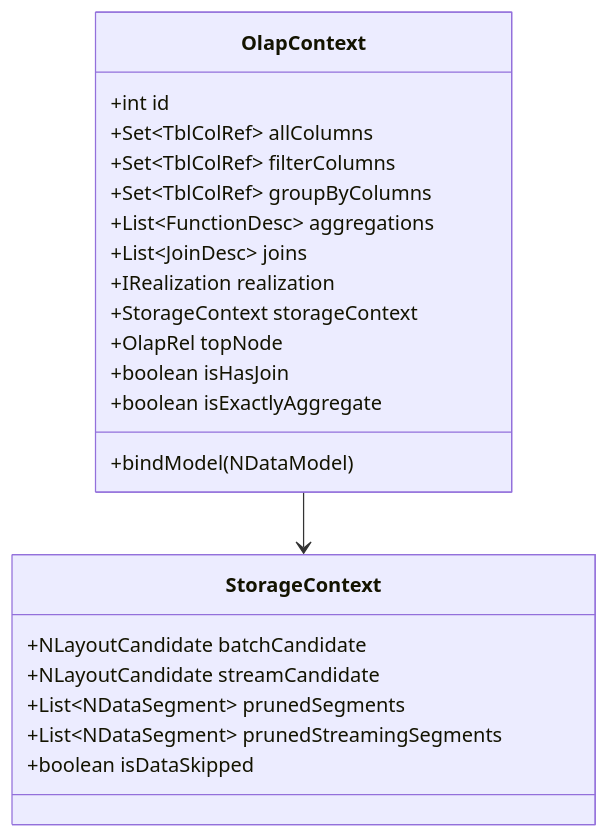
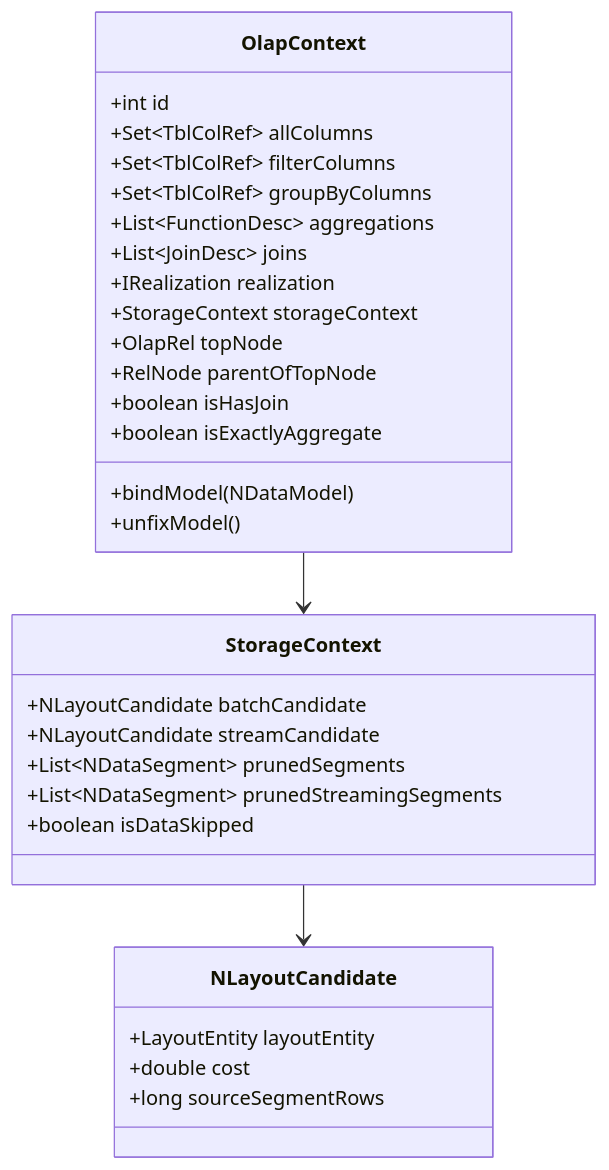
Before and after one commit to Mrhs121/mrhs121.github.io: the first of 3 diagrams in posts/2026-08-18-kylin-query-engine-03-olap-context-and-cbo.md, drawn with Mermaid. The commit also changed other lines of this file and 5 other files, not shown here.

````diff
--- a/posts/2026-08-18-kylin-query-engine-03-olap-context-and-cbo.md
+++ b/posts/2026-08-18-kylin-query-engine-03-olap-context-and-cbo.md
@@ -28,27 +28,36 @@
 ```mermaid
 classDiagram
     class OlapContext {
         +int id
         +Set~TblColRef~ allColumns
         +Set~TblColRef~ filterColumns
         +Set~TblColRef~ groupByColumns
         +List~FunctionDesc~ aggregations
         +List~JoinDesc~ joins
         +IRealization realization
         +StorageContext storageContext
         +OlapRel topNode
+        +RelNode parentOfTopNode
         +boolean isHasJoin
         +boolean isExactlyAggregate
         +bindModel(NDataModel)
+        +unfixModel()
     }
 
     class StorageContext {
         +NLayoutCandidate batchCandidate
         +NLayoutCandidate streamCandidate
         +List~NDataSegment~ prunedSegments
         +List~NDataSegment~ prunedStreamingSegments
         +boolean isDataSkipped
     }
 
+    class NLayoutCandidate {
+        +LayoutEntity layoutEntity
+        +double cost
+        +long sourceSegmentRows
+    }
+
     OlapContext --> StorageContext
+    StorageContext --> NLayoutCandidate
 ```
````
